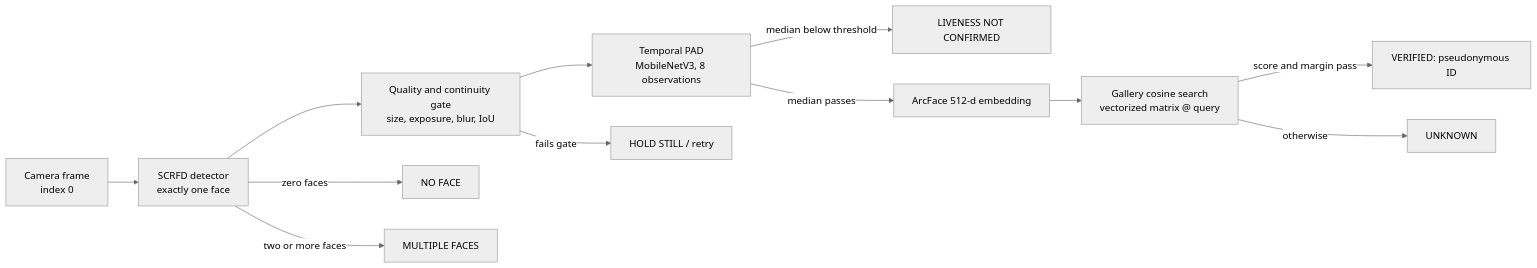
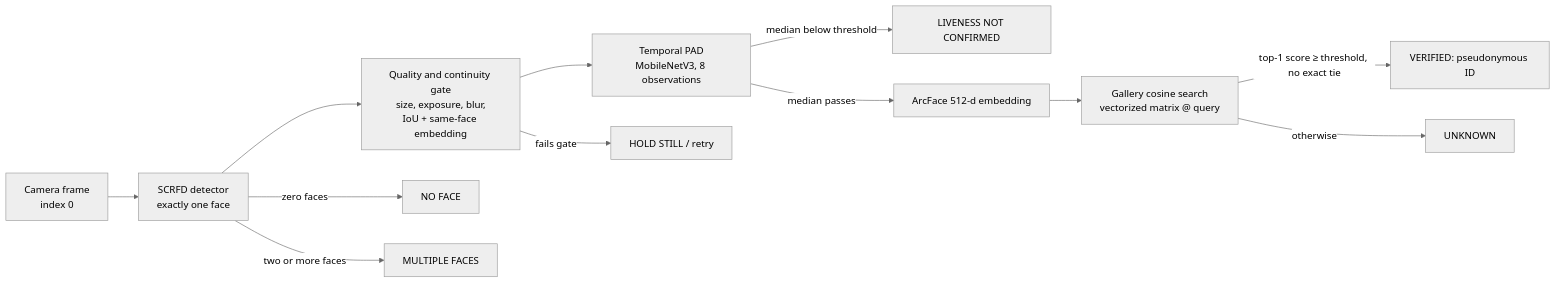
The first of 2 diagrams in docs/ARCHITECTURE.md (surjit10/face-recognition-liveness-detection), drawn with Mermaid (neutral theme) before and after one commit. The commit also changed other lines of this file and 32 other files, not shown here.

````diff
--- a/docs/ARCHITECTURE.md
+++ b/docs/ARCHITECTURE.md
@@ -9,14 +9,14 @@
 ```mermaid
 flowchart LR
     A[Camera frame<br/>index 0] --> B[SCRFD detector<br/>exactly one face]
-    B --> C[Quality and continuity gate<br/>size, exposure, blur, IoU]
+    B --> C[Quality and continuity gate<br/>size, exposure, blur,<br/>IoU + same-face embedding]
     C --> D[Temporal PAD<br/>MobileNetV3, 8 observations]
     D -->|median below threshold| E[LIVENESS NOT CONFIRMED]
     D -->|median passes| F[ArcFace 512-d embedding]
     F --> G[Gallery cosine search<br/>vectorized matrix @ query]
-    G -->|score and margin pass| H[VERIFIED: pseudonymous ID]
+    G -->|top-1 score ≥ threshold, no exact tie| H[VERIFIED: pseudonymous ID]
     G -->|otherwise| I[UNKNOWN]
     B -->|zero faces| J[NO FACE]
     B -->|two or more faces| K[MULTIPLE FACES]
     C -->|fails gate| L[HOLD STILL / retry]
 ```
````
